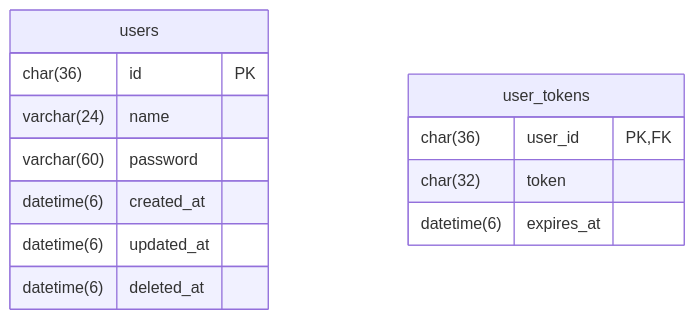
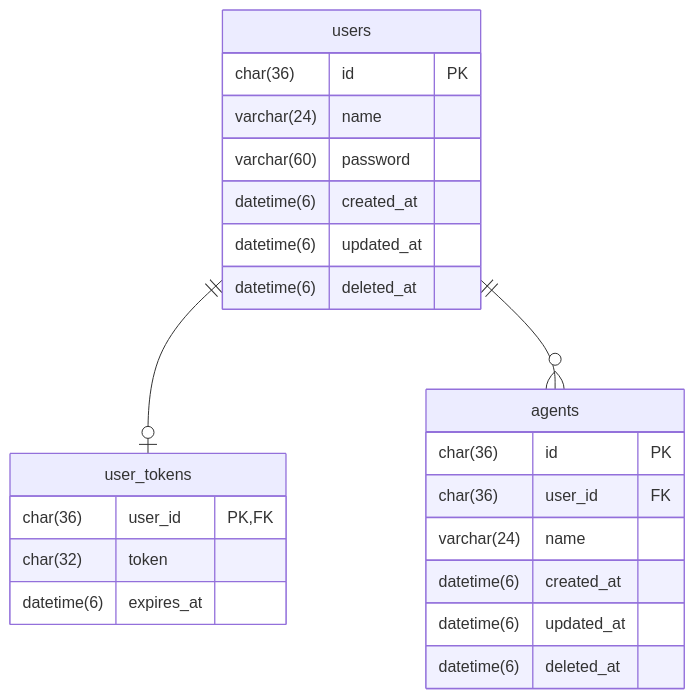
One commit to atsumarukun/holos-auth-api changed the diagram in docs/er-diagram.md. Above: the diagram before and after it, drawn with Mermaid. The commit also changed other lines of this file, not shown here.

Commit message:
update: ER図にエージェントテーブルを追加.

````diff
--- a/docs/er-diagram.md
+++ b/docs/er-diagram.md
@@ -3,18 +3,31 @@
 ```mermaid
 erDiagram
 
 users {
   char(36) id PK
   varchar(24) name
   varchar(60) password
   datetime(6) created_at
   datetime(6) updated_at
   datetime(6) deleted_at
 }
 
 user_tokens {
   char(36) user_id PK, FK
   char(32) token
   datetime(6) expires_at
 }
+
+agents {
+  char(36) id PK
+  char(36) user_id FK
+  varchar(24) name
+  datetime(6) created_at
+  datetime(6) updated_at
+  datetime(6) deleted_at
+}
+
+users ||--o| user_tokens: ""
+
+users ||--o{ agents: ""
 ```
````
